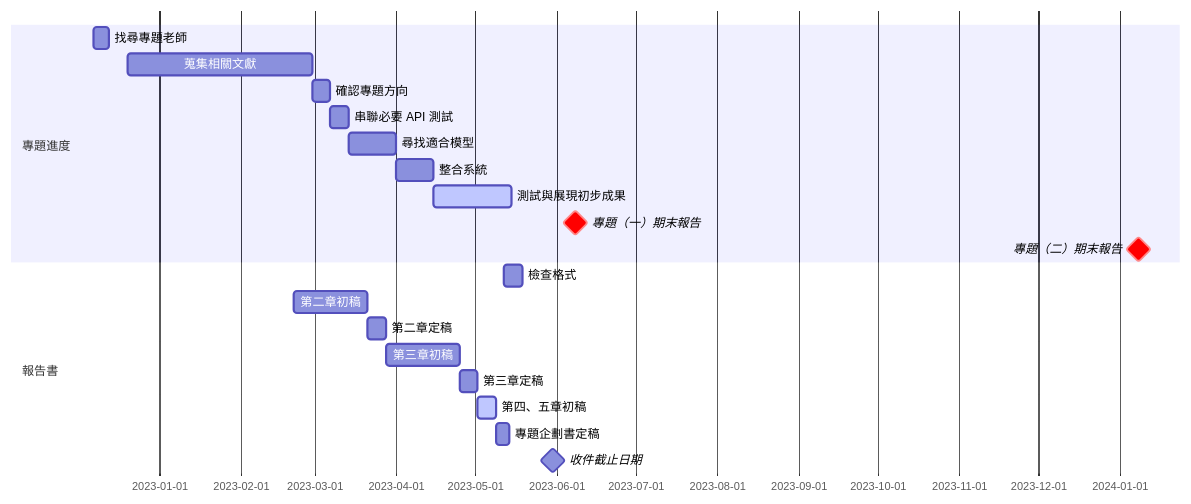
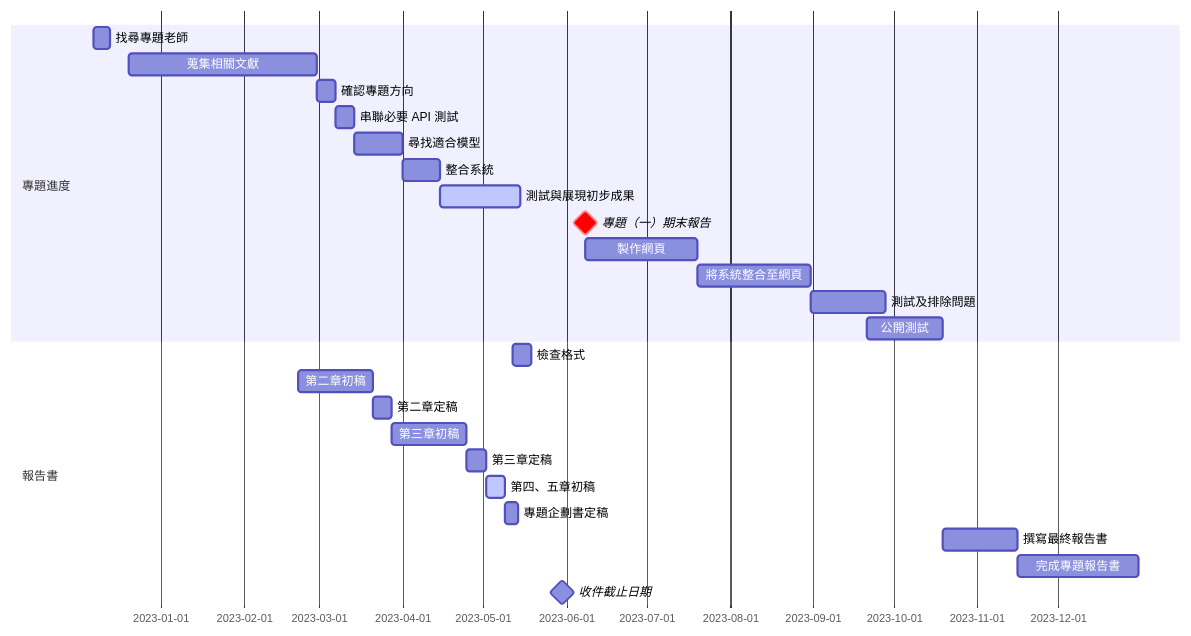
The third of 3 diagrams in README.md (kakeru13468/A02_AI_Video_Generation), drawn with Mermaid before and after one commit.

Commit message:
modify the Gantt chart

````diff
--- a/README.md
+++ b/README.md
@@ -42,26 +42,31 @@
 ```mermaid
 gantt
     todayMarker
     dateFormat  YYYY-MM-DD
 
     section 專題進度
     找尋專題老師       :  2022-12-07, 6d
     蒐集相關文獻      : 2022-12-20, 70d
     確認專題方向      : 2023-02-28, 7d
     串聯必要 API 測試 : 2023-03-07, 7d
     尋找適合模型         : 2023-03-14, 18d
     整合系統             : 2023-04-01, 14d
     測試與展現初步成果  : active, 2023-04-15, 30d
     專題（一）期末報告       : crit, milestone, 2023-06-08,  8min
-    專題（二）期末報告       : crit, milestone, 2024-01-08,  8min %%FIXME
+    製作網頁         : 2023-06-08, 42d
+    將系統整合至網頁    : 2023-07-20, 42d
+    測試及排除問題    : 2023-08-31, 28d
+    公開測試         : 2023-09-21, 28d
 
     section 報告書
     檢查格式             : 2023-05-12, 1w
     第二章初稿          : 2023-02-21, 28d
     第二章定稿          : 2023-03-21, 1w
     第三章初稿          : 2023-03-28, 28d
     第三章定稿          : 2023-04-25, 1w
     第四、五章初稿          : active, 2023-05-02, 1w
     專題企劃書定稿          : 2023-05-09, 5d
+    撰寫最終報告書          : 2023-10-19, 28d
+    完成專題報告書          : 2023-11-16, 45d
     收件截止日期          : milestone, 2023-05-30, 1d
 ```
````
